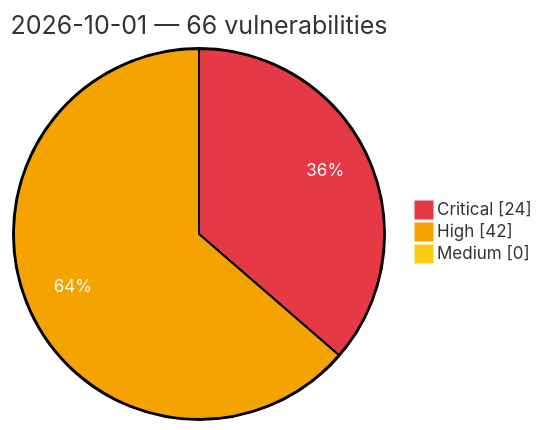
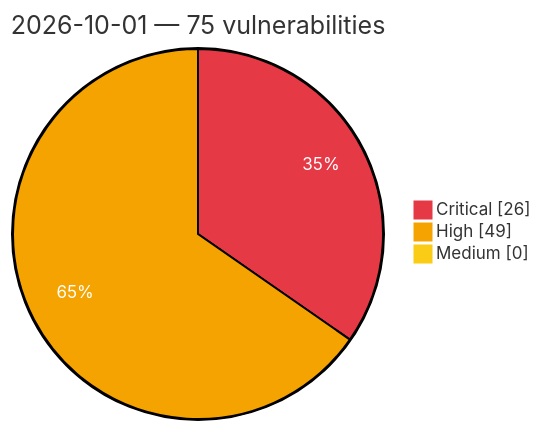
Before and after one commit to GhostX0X/vuln-tracker: the diagram in vulnerabilities/2026/October/2026-10-01.md, drawn with Mermaid. The commit also changed other lines of this file and 8 other files, not shown here.

Commit message:
Auto update: critical/high vulns (2026-10-02 00:37 UTC)

````diff
--- a/vulnerabilities/2026/October/2026-10-01.md
+++ b/vulnerabilities/2026/October/2026-10-01.md
@@ -3,8 +3,8 @@
 ```mermaid
 %%{init: {'theme':'base', 'themeVariables': {'pie1':'#e63946', 'pie2':'#f4a300', 'pie3':'#facc15', 'pieOpacity':'1', 'pieOuterStrokeWidth':'2px', 'pieSectionTextColor':'#ffffff'}}}%%
 pie showData
-    title 2026-10-01 — 66 vulnerabilities
-    "Critical" : 24
-    "High" : 42
+    title 2026-10-01 — 75 vulnerabilities
+    "Critical" : 26
+    "High" : 49
     "Medium" : 0
 ```
````
